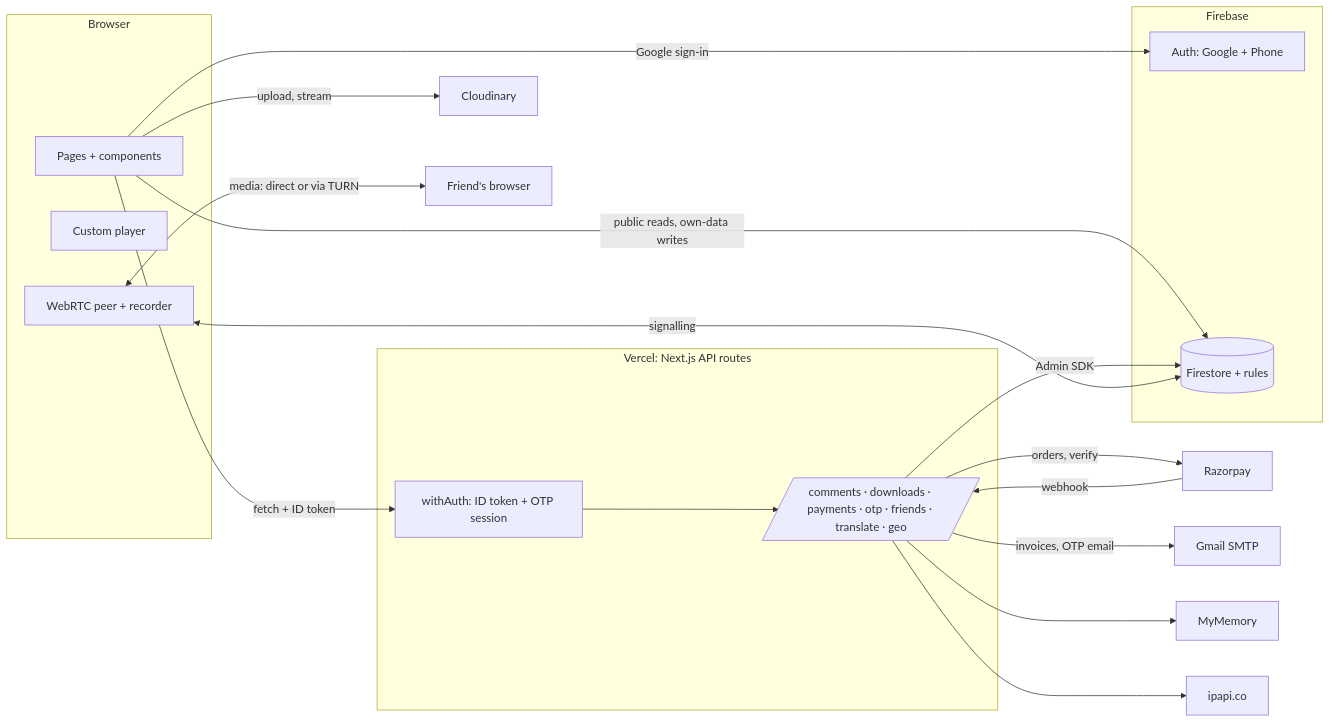
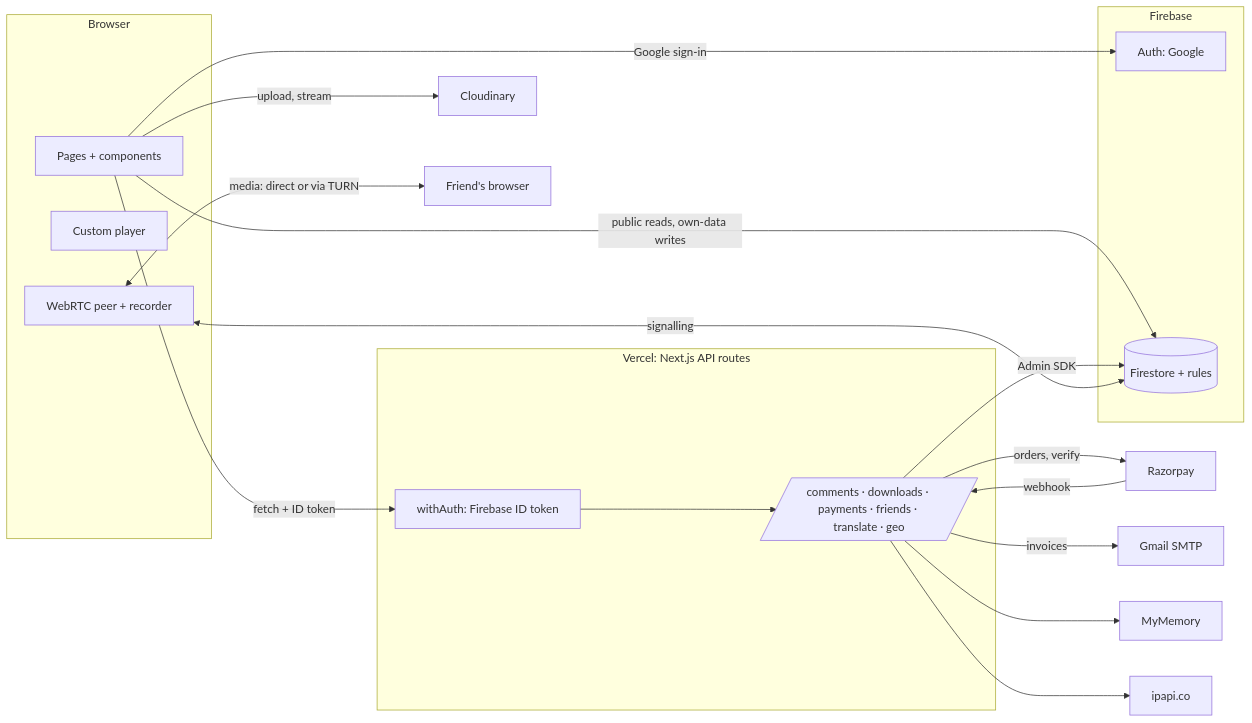
One commit to piush365/Youtube-clone changed the first of 3 diagrams in docs/PROJECT_GUIDE.md. Above: the diagram before and after it, drawn with Mermaid. The commit also changed other lines of this file and 26 other files, not shown here.

First line of the commit message:
Remove OTP and phone auth; sign-in is plain Google

````diff
--- a/docs/PROJECT_GUIDE.md
+++ b/docs/PROJECT_GUIDE.md
@@ -78,31 +78,31 @@
 ```mermaid
 flowchart LR
   subgraph Browser
     UI[Pages + components]
     P[Custom player]
     RTC[WebRTC peer + recorder]
   end
 
   subgraph Vercel["Vercel: Next.js API routes"]
-    AUTH[withAuth: ID token + OTP session]
-    API[/comments · downloads · payments · otp · friends · translate · geo/]
+    AUTH[withAuth: Firebase ID token]
+    API[/comments · downloads · payments · friends · translate · geo/]
   end
 
   subgraph Firebase
-    FA[Auth: Google + Phone]
+    FA[Auth: Google]
     FS[(Firestore + rules)]
   end
 
   UI -- Google sign-in --> FA
   UI -- public reads, own-data writes --> FS
   UI -- fetch + ID token --> AUTH --> API
   API -- Admin SDK --> FS
   API -- orders, verify --> RZP[Razorpay]
   RZP -- webhook --> API
-  API -- invoices, OTP email --> SMTP[Gmail SMTP]
+  API -- invoices --> SMTP[Gmail SMTP]
   API --> MM[MyMemory]
   API --> IPAPI[ipapi.co]
   UI -- upload, stream --> CL[Cloudinary]
   RTC <-- signalling --> FS
   RTC <-- media: direct or via TURN --> PEER[Friend's browser]
 ```
````
